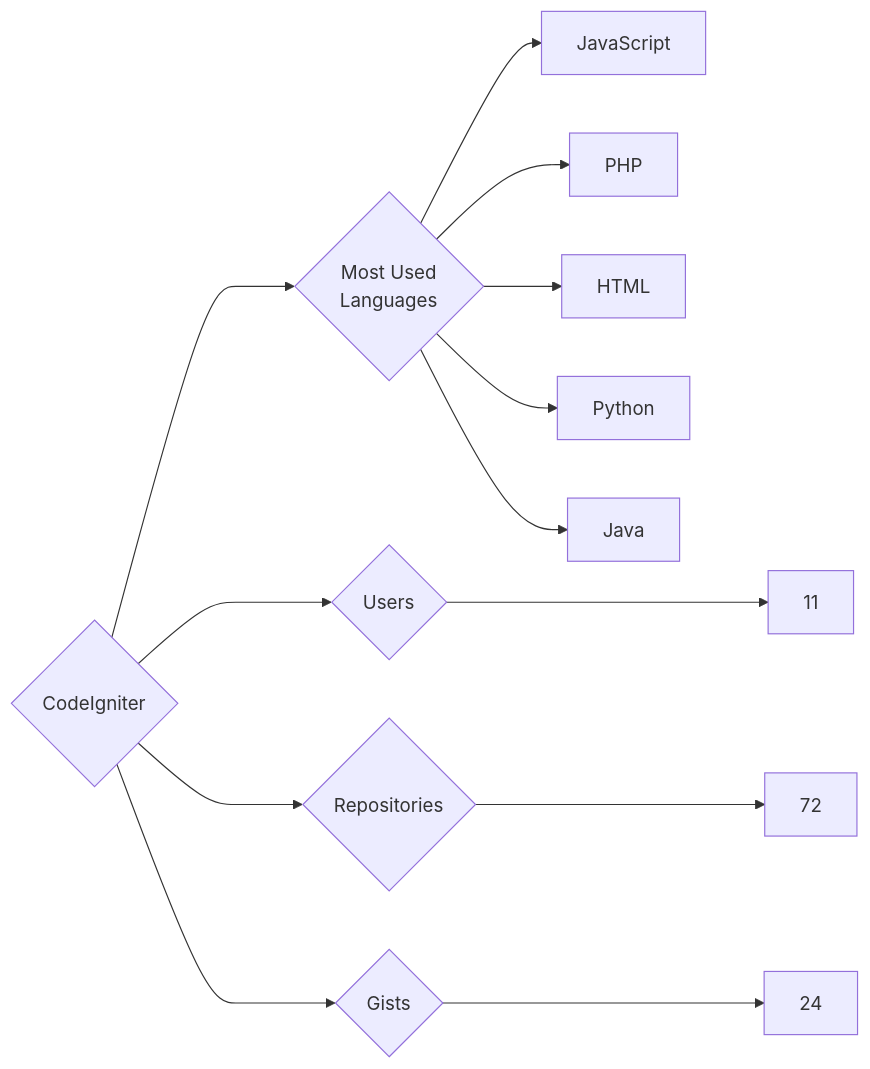
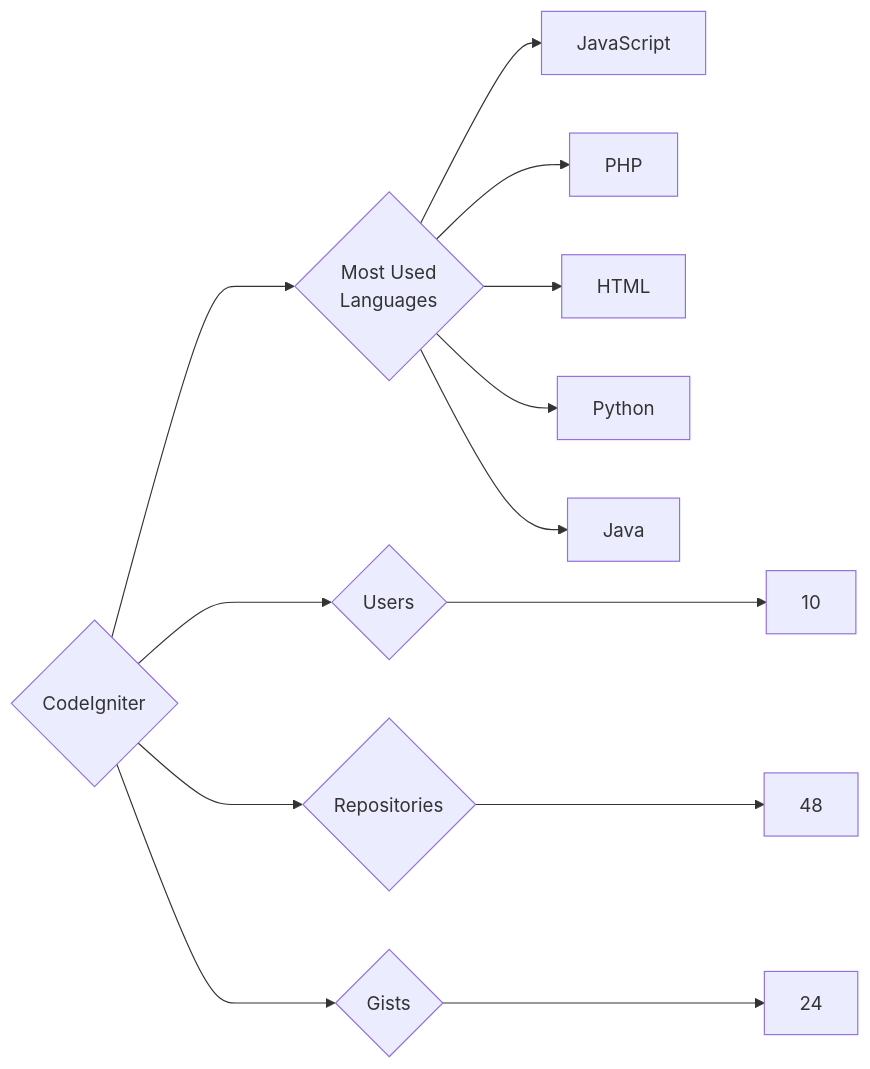
One commit to trickest/insiders changed the diagram in targets/CodeIgniter/README.md. Above: the diagram before and after it, drawn with Mermaid. The commit also changed 1055 other files, not shown here.

````diff
--- a/targets/CodeIgniter/README.md
+++ b/targets/CodeIgniter/README.md
@@ -3,13 +3,13 @@
 ```mermaid
 graph LR
 COMPANY_NAME{CodeIgniter}
-COMPANY_NAME ---> U{Users} ---> UN[11]
-COMPANY_NAME ---> R{Repositories} ---> RN[72]
+COMPANY_NAME ---> U{Users} ---> UN[10]
+COMPANY_NAME ---> R{Repositories} ---> RN[48]
 COMPANY_NAME ---> G{Gists} ---> GN[24]
 COMPANY_NAME ---> ML{Most Used<br>Languages}
 ML --> JavaScript[JavaScript]
 ML --> PHP[PHP]
 ML --> HTML[HTML]
 ML --> Python[Python]
 ML --> Java[Java]
 ```
````
